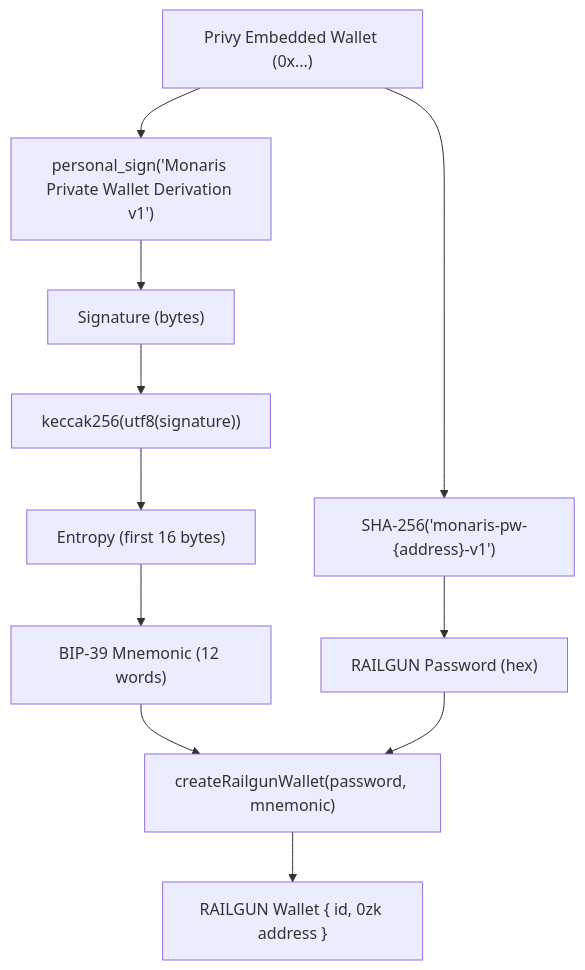
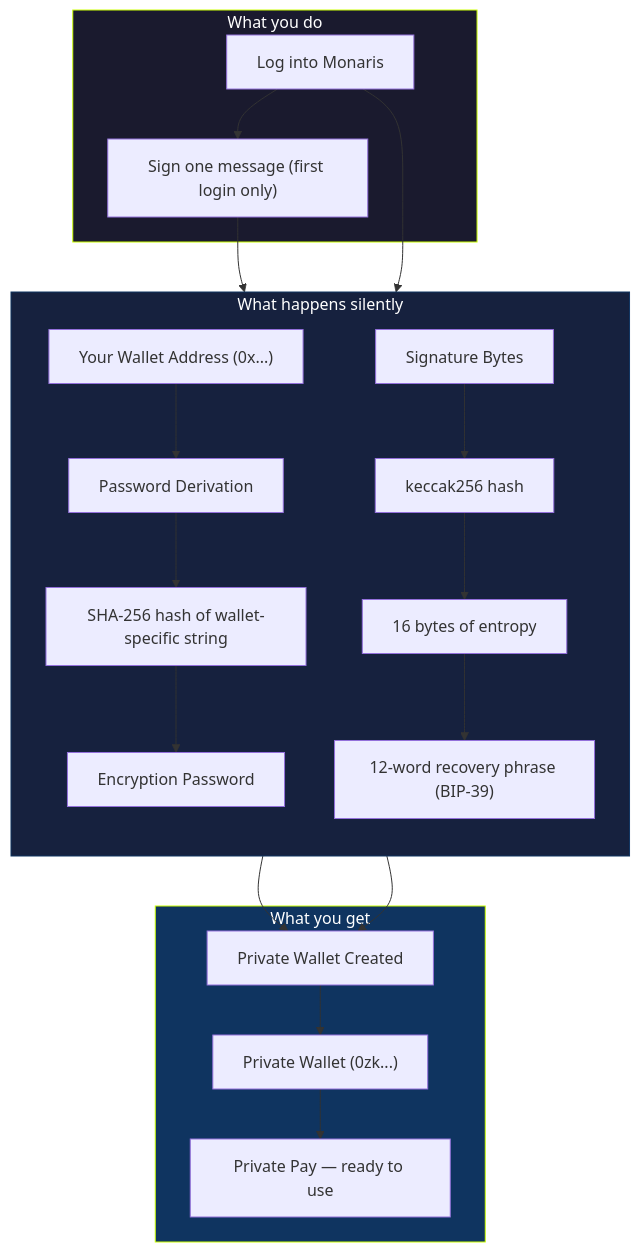
One commit to Monaris-co/monaris-docs changed the diagram in privacy/key-derivation.mdx. Above: the diagram before and after it, drawn with Mermaid. The commit also changed other lines of this file and 4 other files, not shown here.

````diff
--- a/privacy/key-derivation.mdx
+++ b/privacy/key-derivation.mdx
@@ -34,16 +28,35 @@
 ```mermaid
 flowchart TD
-    PrivyWallet["Privy Embedded Wallet (0x...)"] --> SignMsg["personal_sign('Monaris Private Wallet Derivation v1')"]
-    SignMsg --> Signature["Signature (bytes)"]
+    subgraph UserAction["What you do"]
+        Login["Log into Monaris"]
+        Sign["Sign one message (first login only)"]
+    end
 
-    Signature --> Keccak["keccak256(utf8(signature))"]
-    Keccak --> Entropy["Entropy (first 16 bytes)"]
-    Entropy --> Mnemonic["BIP-39 Mnemonic (12 words)"]
+    subgraph Derivation["What happens silently"]
+        direction TB
+        Wallet["Your Wallet Address (0x...)"]
 
-    PrivyWallet --> SHA["SHA-256('monaris-pw-{address}-v1')"]
-    SHA --> Password["RAILGUN Password (hex)"]
+        Wallet --> PasswordPath["Password Derivation"]
+        PasswordPath --> SHA["SHA-256 hash of wallet-specific string"]
+        SHA --> Password["Encryption Password"]
 
-    Mnemonic --> CreateWallet["createRailgunWallet(password, mnemonic)"]
-    Password --> CreateWallet
-    CreateWallet --> RailgunWallet["RAILGUN Wallet { id, 0zk address }"]
+        Sign --> SigBytes["Signature Bytes"]
+        SigBytes --> Keccak["keccak256 hash"]
+        Keccak --> Entropy["16 bytes of entropy"]
+        Entropy --> Mnemonic["12-word recovery phrase (BIP-39)"]
+    end
+
+    subgraph Result["What you get"]
+        Mnemonic --> CreateWallet["Private Wallet Created"]
+        Password --> CreateWallet
+        CreateWallet --> PrivateWallet["Private Wallet (0zk...)"]
+        PrivateWallet --> Ready["Private Pay — ready to use"]
+    end
+
+    Login --> Wallet
+    Login --> Sign
+
+    style UserAction fill:#1a1a2e,stroke:#CCFF04,color:#fff
+    style Derivation fill:#16213e,stroke:#0f3460,color:#fff
+    style Result fill:#0f3460,stroke:#CCFF04,color:#fff
 ```
````
